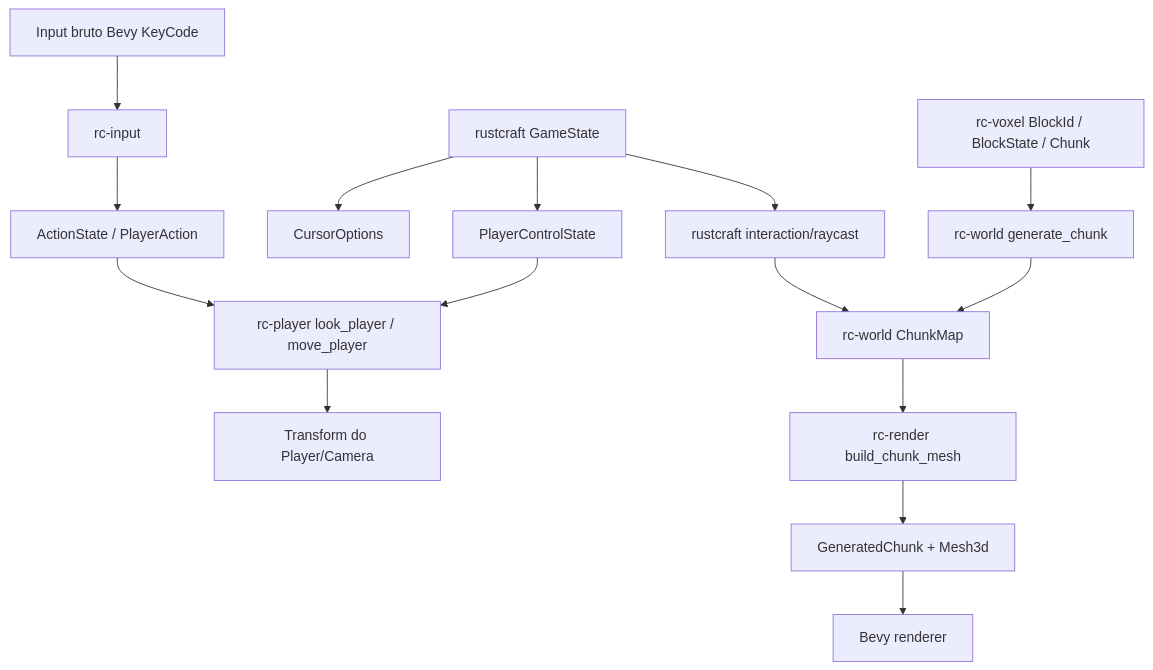
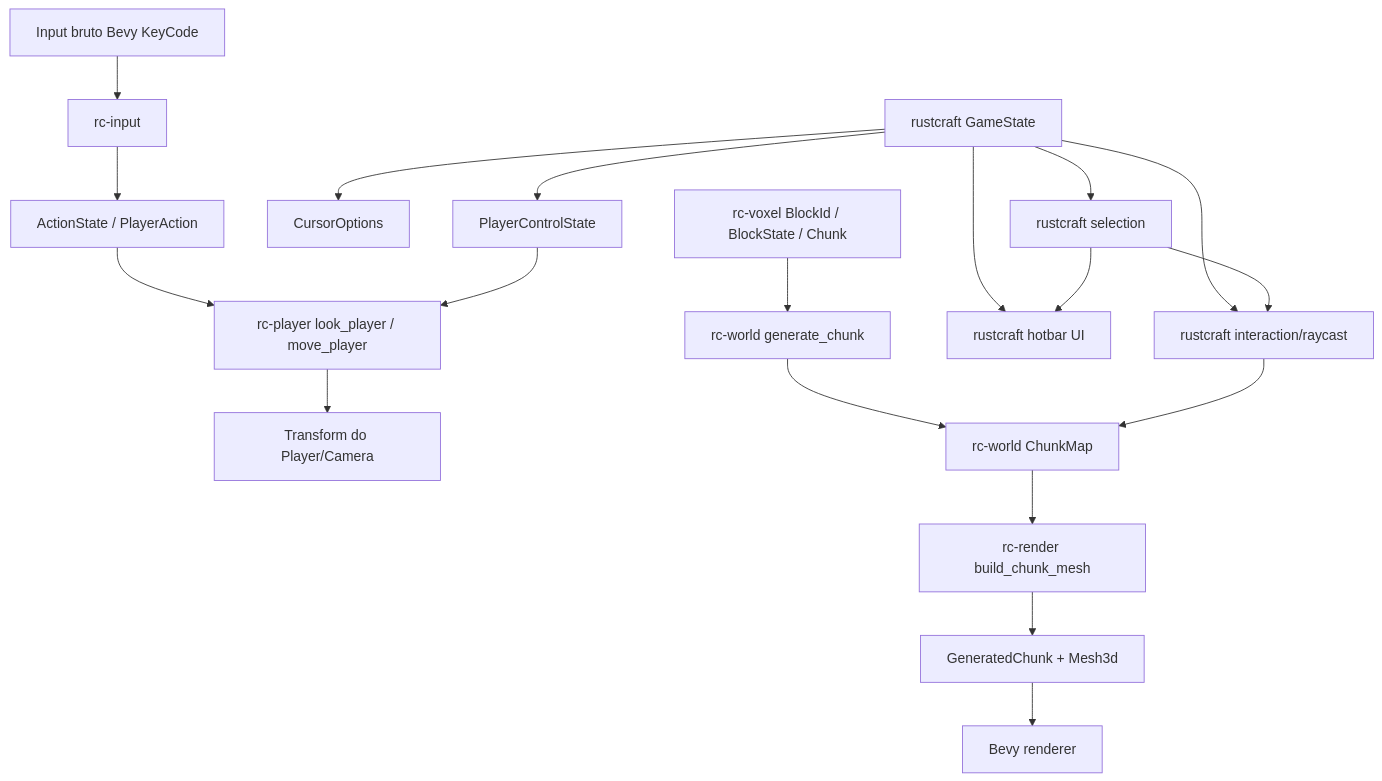
The diagram in ARCHITECTURE.md (vinnicostaa/rustcraft), drawn with Mermaid before and after one commit. The commit also changed other lines of this file and 6 other files, not shown here.

````diff
--- a/ARCHITECTURE.md
+++ b/ARCHITECTURE.md
@@ -22,19 +22,23 @@
 ```mermaid
 graph TD
     A[Input bruto Bevy KeyCode] --> B[rc-input]
     B --> C[ActionState / PlayerAction]
     C --> D[rc-player look_player / move_player]
     D --> E[Transform do Player/Camera]
 
     M[rustcraft GameState] --> N[CursorOptions]
     M --> O[PlayerControlState]
     O --> D
     M --> P[rustcraft interaction/raycast]
+    M --> S[rustcraft selection]
+    M --> U[rustcraft hotbar UI]
 
     J[rc-voxel BlockId / BlockState / Chunk] --> H[rc-world generate_chunk]
     H --> Q[rc-world ChunkMap]
     Q --> I[rc-render build_chunk_mesh]
     I --> K[GeneratedChunk + Mesh3d]
     K --> L[Bevy renderer]
+    S --> P
+    S --> U
     P --> Q
 ```
````
